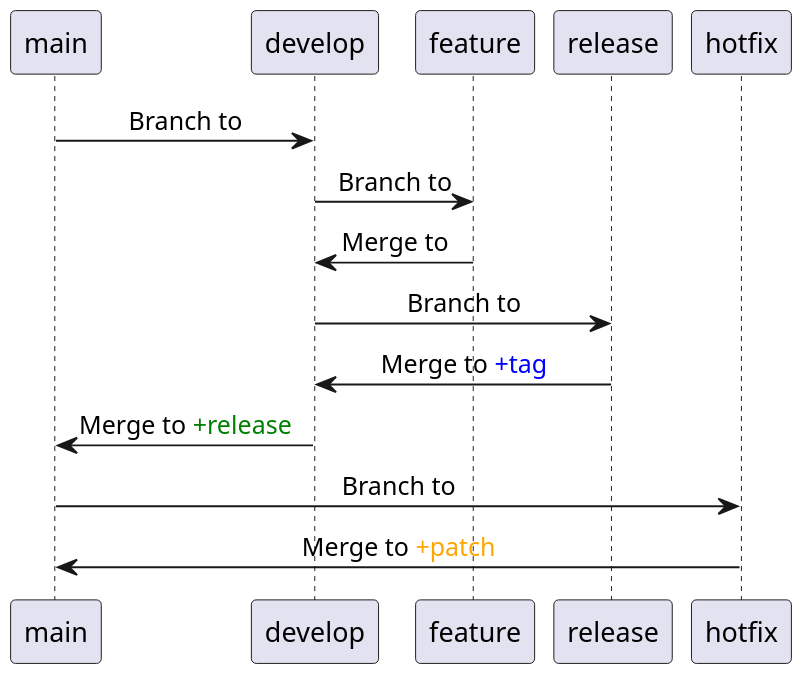
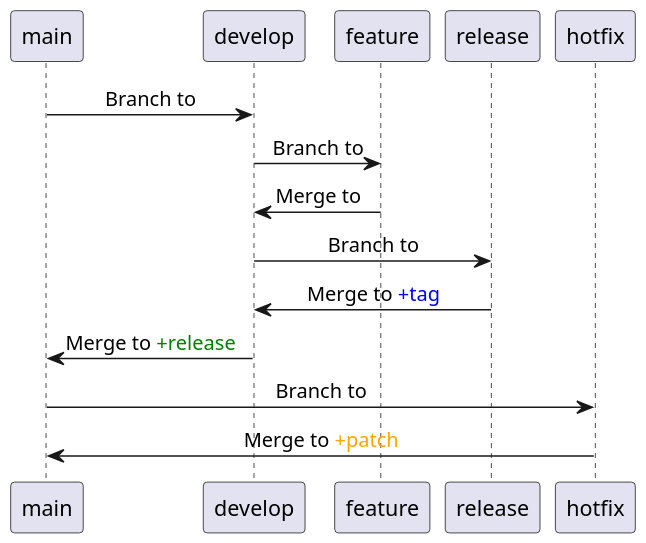
Before and after one commit to TB-CORP/TopBrains: the diagram in knowledge-base/git-branching-strategy.md, drawn with PlantUML. The commit also changed other lines of this file and 6 other files, not shown here.

````diff
--- a/knowledge-base/git-branching-strategy.md
+++ b/knowledge-base/git-branching-strategy.md
@@ -15,15 +15,15 @@
 ```plantuml
 @startuml GitGraph Diagram
 skinparam defaultTextAlignment center
-scale 800 width
+scale 640 width
 
 main -> develop : Branch to
 develop -> feature : Branch to
 feature -> develop : Merge to
 develop -> release : Branch to
 release -> develop : Merge to <color:blue>+tag
 develop -> main : Merge to <color:green>+release
 main -> hotfix : Branch to
 hotfix -> main : Merge to <color:orange>+patch
 @enduml
 ```
````
